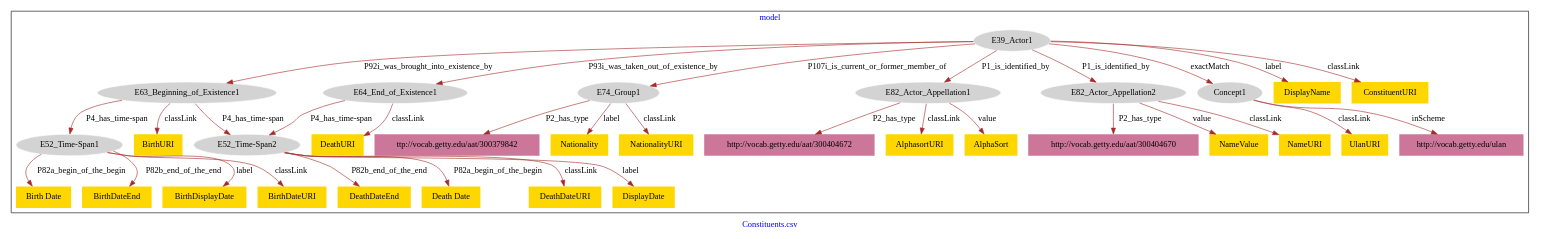
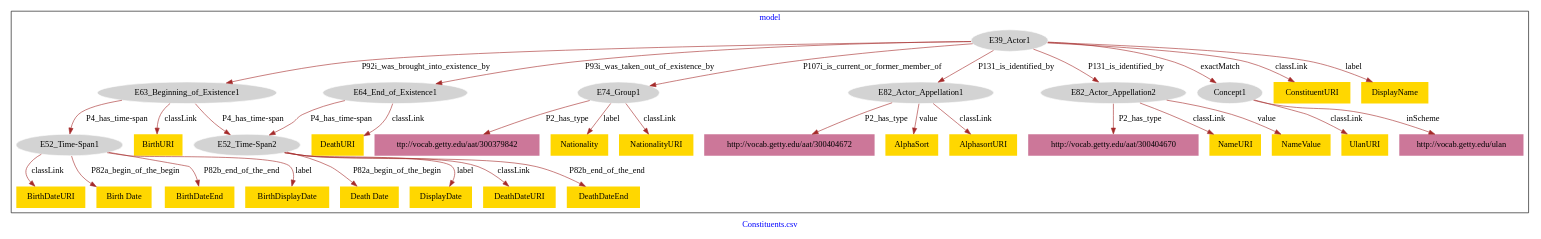
One commit to american-art/GM changed the diagram in Constituents_institutions/Constituents_institutions-model.dot. Above: the diagram before and after it, drawn with Graphviz.

Commit message:
Update file Constituents_institutions-model.dot

```diff
--- a/Constituents_institutions/Constituents_institutions-model.dot
+++ b/Constituents_institutions/Constituents_institutions-model.dot
@@ -1,72 +1,72 @@
 digraph n0 {
 fontcolor="blue"
 remincross="true"
 label="Constituents.csv"
 subgraph cluster {
 label="model"
 n2[style="filled",color="white",fillcolor="lightgray",label="E39_Actor1"];
 n3[style="filled",color="white",fillcolor="lightgray",label="E63_Beginning_of_Existence1"];
 n4[style="filled",color="white",fillcolor="lightgray",label="E64_End_of_Existence1"];
 n5[style="filled",color="white",fillcolor="lightgray",label="E74_Group1"];
 n6[style="filled",color="white",fillcolor="lightgray",label="E82_Actor_Appellation1"];
 n7[style="filled",color="white",fillcolor="lightgray",label="E82_Actor_Appellation2"];
 n8[style="filled",color="white",fillcolor="lightgray",label="Concept1"];
 n9[style="filled",color="white",fillcolor="lightgray",label="E52_Time-Span1"];
 n10[style="filled",color="white",fillcolor="lightgray",label="E52_Time-Span2"];
-n11[shape="plaintext",style="filled",fillcolor="gold",label="DeathURI"];
-n12[shape="plaintext",style="filled",fillcolor="gold",label="BirthURI"];
-n13[shape="plaintext",style="filled",fillcolor="gold",label="DeathDateEnd"];
-n14[shape="plaintext",style="filled",fillcolor="gold",label="AlphasortURI"];
+n11[shape="plaintext",style="filled",fillcolor="gold",label="ConstituentURI"];
+n12[shape="plaintext",style="filled",fillcolor="gold",label="NameURI"];
+n13[shape="plaintext",style="filled",fillcolor="gold",label="DeathURI"];
+n14[shape="plaintext",style="filled",fillcolor="gold",label="BirthDateURI"];
 n15[shape="plaintext",style="filled",fillcolor="gold",label="Birth Date"];
-n16[shape="plaintext",style="filled",fillcolor="gold",label="BirthDateEnd"];
+n16[shape="plaintext",style="filled",fillcolor="gold",label="Nationality"];
 n17[shape="plaintext",style="filled",fillcolor="gold",label="Death Date"];
-n18[shape="plaintext",style="filled",fillcolor="gold",label="UlanURI"];
-n19[shape="plaintext",style="filled",fillcolor="gold",label="DeathDateURI"];
-n20[shape="plaintext",style="filled",fillcolor="gold",label="DisplayDate"];
-n21[shape="plaintext",style="filled",fillcolor="gold",label="Nationality"];
+n18[shape="plaintext",style="filled",fillcolor="gold",label="DisplayDate"];
+n19[shape="plaintext",style="filled",fillcolor="gold",label="UlanURI"];
+n20[shape="plaintext",style="filled",fillcolor="gold",label="NameValue"];
+n21[shape="plaintext",style="filled",fillcolor="gold",label="AlphaSort"];
 n22[shape="plaintext",style="filled",fillcolor="gold",label="DisplayName"];
-n23[shape="plaintext",style="filled",fillcolor="gold",label="ConstituentURI"];
-n24[shape="plaintext",style="filled",fillcolor="gold",label="NameValue"];
-n25[shape="plaintext",style="filled",fillcolor="gold",label="AlphaSort"];
-n26[shape="plaintext",style="filled",fillcolor="gold",label="BirthDisplayDate"];
-n27[shape="plaintext",style="filled",fillcolor="gold",label="NameURI"];
-n28[shape="plaintext",style="filled",fillcolor="gold",label="NationalityURI"];
-n29[shape="plaintext",style="filled",fillcolor="gold",label="BirthDateURI"];
+n23[shape="plaintext",style="filled",fillcolor="gold",label="DeathDateURI"];
+n24[shape="plaintext",style="filled",fillcolor="gold",label="DeathDateEnd"];
+n25[shape="plaintext",style="filled",fillcolor="gold",label="BirthDateEnd"];
+n26[shape="plaintext",style="filled",fillcolor="gold",label="NationalityURI"];
+n27[shape="plaintext",style="filled",fillcolor="gold",label="AlphasortURI"];
+n28[shape="plaintext",style="filled",fillcolor="gold",label="BirthURI"];
+n29[shape="plaintext",style="filled",fillcolor="gold",label="BirthDisplayDate"];
 n30[shape="plaintext",style="filled",fillcolor="#CC7799",label="http://vocab.getty.edu/aat/300404672"];
 n31[shape="plaintext",style="filled",fillcolor="#CC7799",label="ttp://vocab.getty.edu/aat/300379842"];
 n32[shape="plaintext",style="filled",fillcolor="#CC7799",label="http://vocab.getty.edu/aat/300404670"];
 n33[shape="plaintext",style="filled",fillcolor="#CC7799",label="http://vocab.getty.edu/ulan"];
 }
 n2 -> n3[color="brown",fontcolor="black",label="P92i_was_brought_into_existence_by"]
 n2 -> n4[color="brown",fontcolor="black",label="P93i_was_taken_out_of_existence_by"]
 n2 -> n5[color="brown",fontcolor="black",label="P107i_is_current_or_former_member_of"]
-n2 -> n6[color="brown",fontcolor="black",label="P1_is_identified_by"]
-n2 -> n7[color="brown",fontcolor="black",label="P1_is_identified_by"]
+n2 -> n6[color="brown",fontcolor="black",label="P131_is_identified_by"]
+n2 -> n7[color="brown",fontcolor="black",label="P131_is_identified_by"]
 n2 -> n8[color="brown",fontcolor="black",label="exactMatch"]
 n3 -> n9[color="brown",fontcolor="black",label="P4_has_time-span"]
 n3 -> n10[color="brown",fontcolor="black",label="P4_has_time-span"]
-n4 -> n11[color="brown",fontcolor="black",label="classLink"]
-n3 -> n12[color="brown",fontcolor="black",label="classLink"]
-n10 -> n13[color="brown",fontcolor="black",label="P82b_end_of_the_end"]
-n6 -> n14[color="brown",fontcolor="black",label="classLink"]
+n2 -> n11[color="brown",fontcolor="black",label="classLink"]
+n7 -> n12[color="brown",fontcolor="black",label="classLink"]
+n4 -> n13[color="brown",fontcolor="black",label="classLink"]
+n9 -> n14[color="brown",fontcolor="black",label="classLink"]
 n9 -> n15[color="brown",fontcolor="black",label="P82a_begin_of_the_begin"]
-n9 -> n16[color="brown",fontcolor="black",label="P82b_end_of_the_end"]
+n5 -> n16[color="brown",fontcolor="black",label="label"]
 n10 -> n17[color="brown",fontcolor="black",label="P82a_begin_of_the_begin"]
-n8 -> n18[color="brown",fontcolor="black",label="classLink"]
-n10 -> n19[color="brown",fontcolor="black",label="classLink"]
-n10 -> n20[color="brown",fontcolor="black",label="label"]
-n5 -> n21[color="brown",fontcolor="black",label="label"]
+n10 -> n18[color="brown",fontcolor="black",label="label"]
+n8 -> n19[color="brown",fontcolor="black",label="classLink"]
+n7 -> n20[color="brown",fontcolor="black",label="value"]
+n6 -> n21[color="brown",fontcolor="black",label="value"]
 n2 -> n22[color="brown",fontcolor="black",label="label"]
-n2 -> n23[color="brown",fontcolor="black",label="classLink"]
-n7 -> n24[color="brown",fontcolor="black",label="value"]
-n6 -> n25[color="brown",fontcolor="black",label="value"]
-n9 -> n26[color="brown",fontcolor="black",label="label"]
-n7 -> n27[color="brown",fontcolor="black",label="classLink"]
-n5 -> n28[color="brown",fontcolor="black",label="classLink"]
-n9 -> n29[color="brown",fontcolor="black",label="classLink"]
+n10 -> n23[color="brown",fontcolor="black",label="classLink"]
+n10 -> n24[color="brown",fontcolor="black",label="P82b_end_of_the_end"]
+n9 -> n25[color="brown",fontcolor="black",label="P82b_end_of_the_end"]
+n5 -> n26[color="brown",fontcolor="black",label="classLink"]
+n6 -> n27[color="brown",fontcolor="black",label="classLink"]
+n3 -> n28[color="brown",fontcolor="black",label="classLink"]
+n9 -> n29[color="brown",fontcolor="black",label="label"]
 n6 -> n30[color="brown",fontcolor="black",label="P2_has_type"]
 n5 -> n31[color="brown",fontcolor="black",label="P2_has_type"]
 n7 -> n32[color="brown",fontcolor="black",label="P2_has_type"]
 n8 -> n33[color="brown",fontcolor="black",label="inScheme"]
 n4 -> n10[color="brown",fontcolor="black",label="P4_has_time-span"]
 }
```
